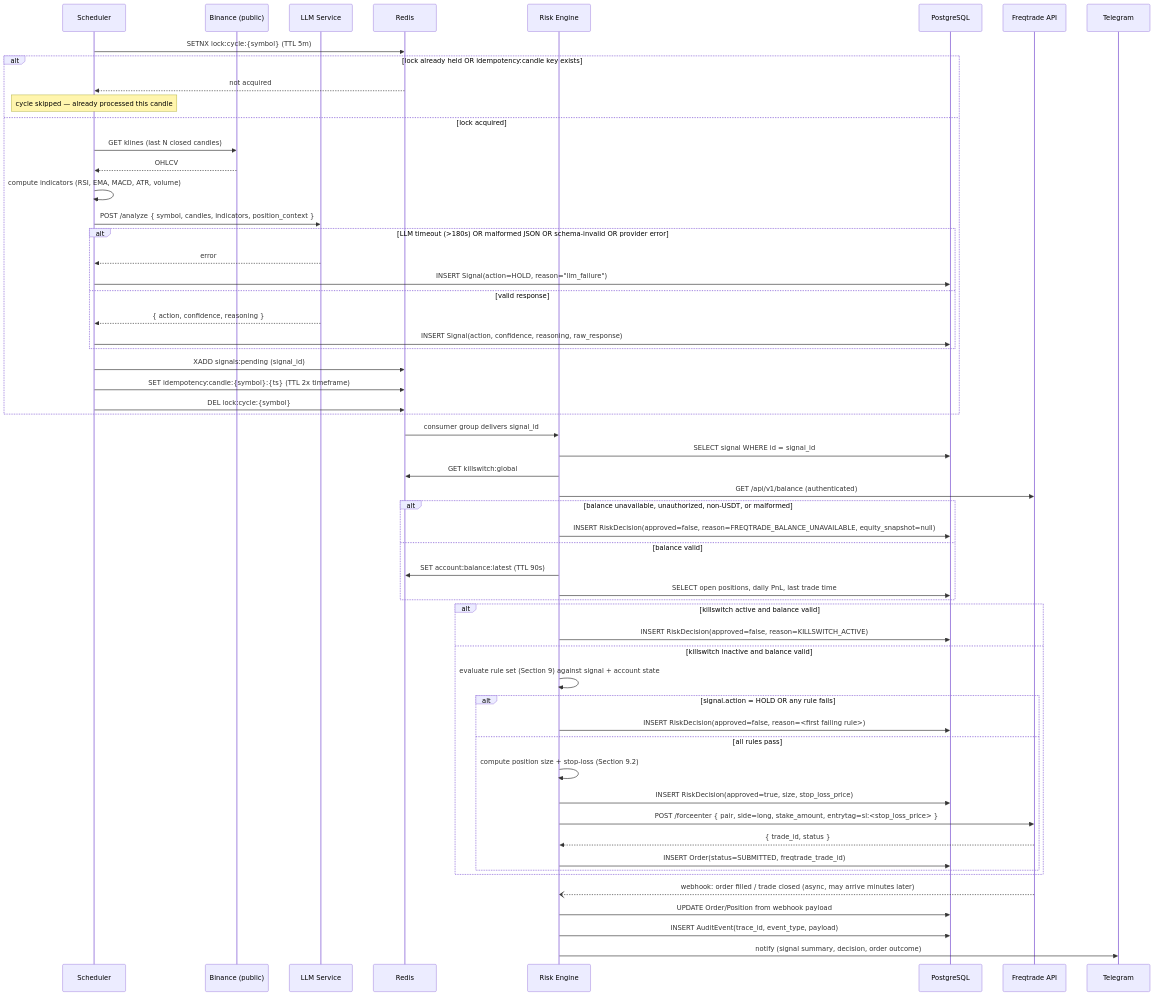
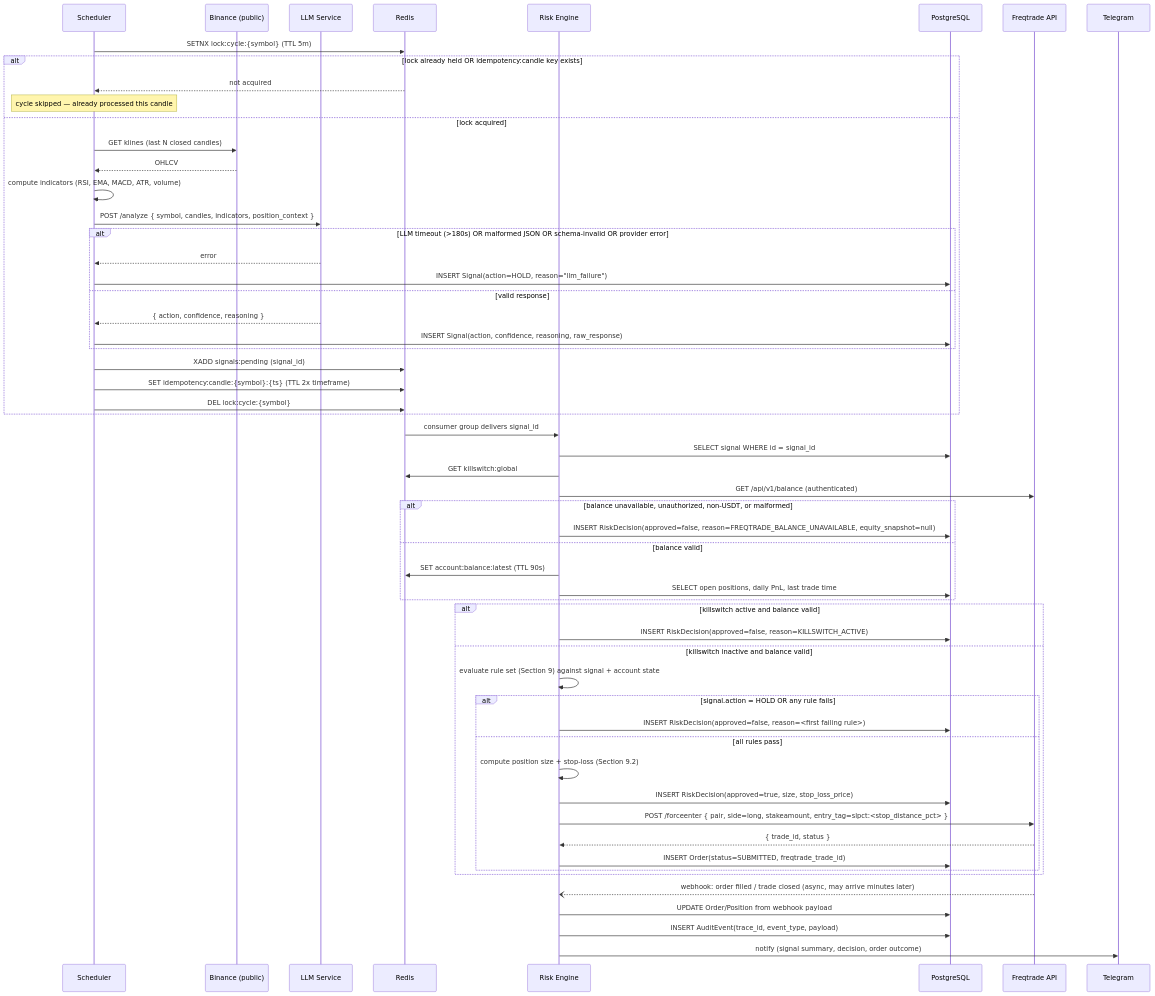
Before and after one commit to quang-ng/TradeMind: the second of 3 diagrams in PROJECT.md, drawn with Mermaid. The commit also changed other lines of this file and 15 other files, not shown here.

````diff
--- a/PROJECT.md
+++ b/PROJECT.md
@@ -168,67 +168,67 @@
 ```mermaid
 sequenceDiagram
     participant SCH as Scheduler
     participant BIN as Binance (public)
     participant LLM as LLM Service
     participant RED as Redis
     participant RE as Risk Engine
     participant PG as PostgreSQL
     participant FT as Freqtrade API
     participant TG as Telegram
 
     SCH->>RED: SETNX lock:cycle:{symbol} (TTL 5m)
     alt lock already held OR idempotency:candle key exists
         RED-->>SCH: not acquired
         Note over SCH: cycle skipped — already processed this candle
     else lock acquired
         SCH->>BIN: GET klines (last N closed candles)
         BIN-->>SCH: OHLCV
         SCH->>SCH: compute indicators (RSI, EMA, MACD, ATR, volume)
         SCH->>LLM: POST /analyze { symbol, candles, indicators, position_context }
 
         alt LLM timeout (>180s) OR malformed JSON OR schema-invalid OR provider error
             LLM-->>SCH: error
             SCH->>PG: INSERT Signal(action=HOLD, reason="llm_failure")
         else valid response
             LLM-->>SCH: { action, confidence, reasoning }
             SCH->>PG: INSERT Signal(action, confidence, reasoning, raw_response)
         end
 
         SCH->>RED: XADD signals:pending (signal_id)
         SCH->>RED: SET idempotency:candle:{symbol}:{ts} (TTL 2x timeframe)
         SCH->>RED: DEL lock:cycle:{symbol}
     end
 
     RED->>RE: consumer group delivers signal_id
     RE->>PG: SELECT signal WHERE id = signal_id
     RE->>RED: GET killswitch:global
     RE->>FT: GET /api/v1/balance (authenticated)
 
     alt balance unavailable, unauthorized, non-USDT, or malformed
         RE->>PG: INSERT RiskDecision(approved=false, reason=FREQTRADE_BALANCE_UNAVAILABLE, equity_snapshot=null)
     else balance valid
         RE->>RED: SET account:balance:latest (TTL 90s)
         RE->>PG: SELECT open positions, daily PnL, last trade time
     end
 
     alt killswitch active and balance valid
         RE->>PG: INSERT RiskDecision(approved=false, reason=KILLSWITCH_ACTIVE)
     else killswitch inactive and balance valid
         RE->>RE: evaluate rule set (Section 9) against signal + account state
 
         alt signal.action = HOLD OR any rule fails
             RE->>PG: INSERT RiskDecision(approved=false, reason=<first failing rule>)
         else all rules pass
             RE->>RE: compute position size + stop-loss (Section 9.2)
             RE->>PG: INSERT RiskDecision(approved=true, size, stop_loss_price)
-            RE->>FT: POST /forceenter { pair, side=long, stake_amount, entrytag=sl:<stop_loss_price> }
+            RE->>FT: POST /forceenter { pair, side=long, stakeamount, entry_tag=slpct:<stop_distance_pct> }
             FT-->>RE: { trade_id, status }
             RE->>PG: INSERT Order(status=SUBMITTED, freqtrade_trade_id)
         end
     end
 
     FT--)RE: webhook: order filled / trade closed (async, may arrive minutes later)
     RE->>PG: UPDATE Order/Position from webhook payload
     RE->>PG: INSERT AuditEvent(trace_id, event_type, payload)
     RE->>TG: notify (signal summary, decision, order outcome)
 ```
````
